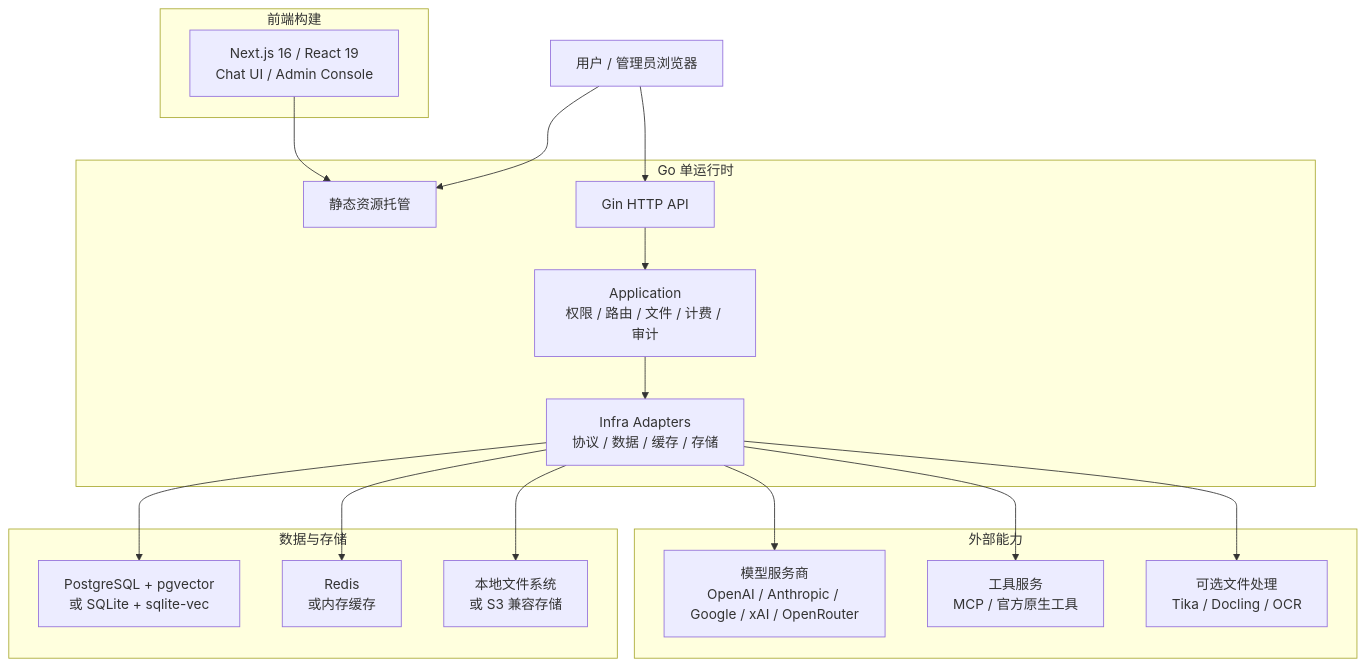
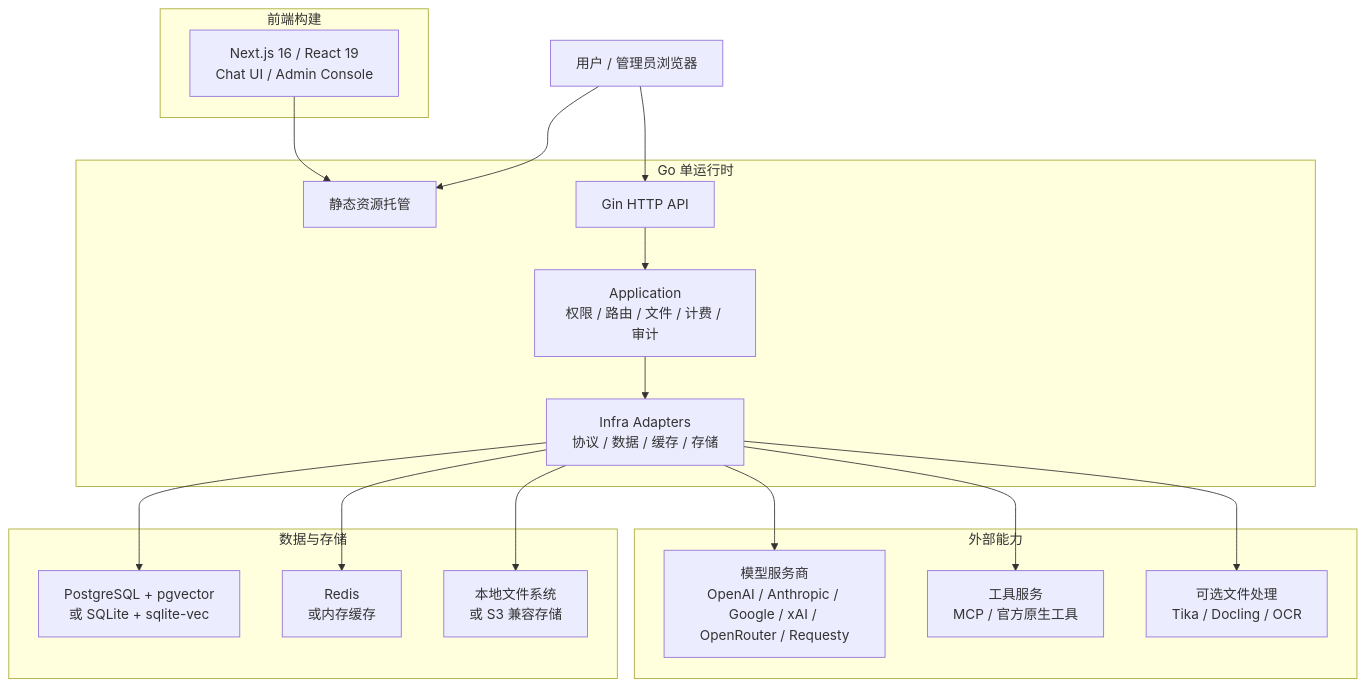
The diagram in docs/README.zh-CN.md (DEEIX-AI/DEEIX-Chat), drawn with Mermaid before and after one commit. The commit also changed other lines of this file and 13 other files, not shown here.

````diff
--- a/docs/README.zh-CN.md
+++ b/docs/README.zh-CN.md
@@ -65,39 +65,39 @@
 ```mermaid
 flowchart TB
   Browser["用户 / 管理员浏览器"]
 
   subgraph Frontend["前端构建"]
     Web["Next.js 16 / React 19<br/>Chat UI / Admin Console"]
   end
 
   subgraph Backend["Go 单运行时"]
     Static["静态资源托管"]
     HTTP["Gin HTTP API"]
     App["Application<br/>权限 / 路由 / 文件 / 计费 / 审计"]
     Infra["Infra Adapters<br/>协议 / 数据 / 缓存 / 存储"]
   end
 
   subgraph External["外部能力"]
-    Providers["模型服务商<br/>OpenAI / Anthropic / Google / xAI / OpenRouter"]
+    Providers["模型服务商<br/>OpenAI / Anthropic / Google / xAI / OpenRouter / Requesty"]
     Tools["工具服务<br/>MCP / 官方原生工具"]
     Extractors["可选文件处理<br/>Tika / Docling / OCR"]
   end
 
   subgraph Data["数据与存储"]
     DB["PostgreSQL + pgvector<br/>或 SQLite + sqlite-vec"]
     Cache["Redis<br/>或内存缓存"]
     Storage["本地文件系统<br/>或 S3 兼容存储"]
   end
 
   Web --> Static
   Browser --> Static
   Browser --> HTTP
   HTTP --> App
   App --> Infra
   Infra --> Providers
   Infra --> Tools
   Infra --> Extractors
   Infra --> DB
   Infra --> Cache
   Infra --> Storage
 ```
````
